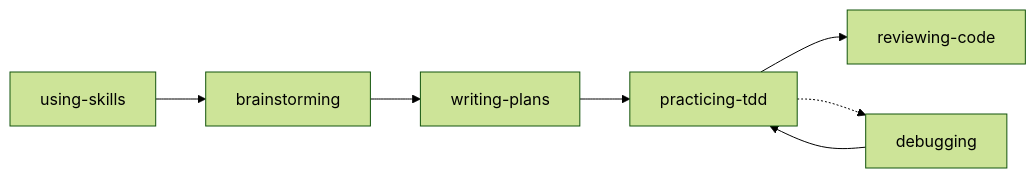
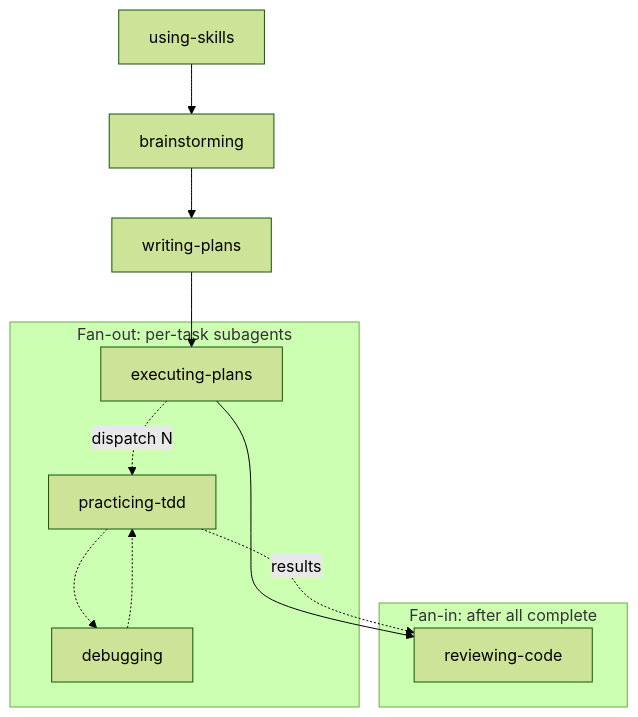
Before and after one commit to MarcosX/kiss-agentic-development: the diagram in README.md, drawn with Mermaid (forest theme). The commit also changed other lines of this file and 3 other files, not shown here.

Commit message:
fix: categorize tasks as Coding/Non-coding in writing-plans, tighten dispatch TDD enforcement, update README workflow diagram

````diff
--- a/README.md
+++ b/README.md
@@ -25,9 +25,17 @@
 ```mermaid
-flowchart LR
+flowchart TB
     A[using-skills] --> B[brainstorming]
     B --> C[writing-plans]
-    C --> D[practicing-tdd]
+    C --> D[executing-plans]
     D --> E[reviewing-code]
-    D -.-> F[debugging]
-    F --> D
+    
+    subgraph "Fan-out: per-task subagents"
+        D -.->|dispatch N| F[practicing-tdd]
+        F -.-> G[debugging]
+        G -.-> F
+    end
+    
+    subgraph "Fan-in: after all complete"
+        F -.->|results| E
+    end
 ```
````
